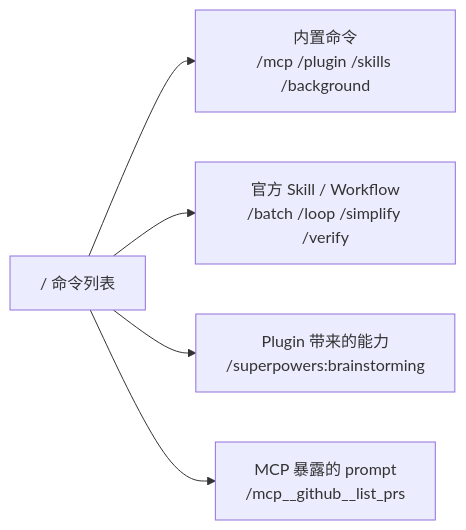
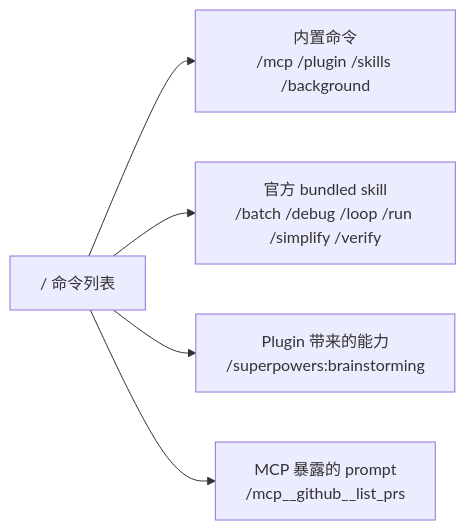
The third of 4 diagrams in output/AI工具/终端Agent流/ClaudeCode/第六篇：Claude-Code-的-Skills、MCP、Plugin-界面怎么读、命令怎么用与怎么排错.md (HN2461/first-fullstack-vue-blog), drawn with Mermaid before and after one commit. The commit also changed other lines of this file and 38 other files, not shown here.

````diff
--- a/output/AI工具/终端Agent流/ClaudeCode/第六篇：Claude-Code-的-Skills、MCP、Plugin-界面怎么读、命令怎么用与怎么排错.md
+++ b/output/AI工具/终端Agent流/ClaudeCode/第六篇：Claude-Code-的-Skills、MCP、Plugin-界面怎么读、命令怎么用与怎么排错.md
@@ -548,7 +548,7 @@
 ```mermaid
 flowchart LR
   A["/ 命令列表"] --> B["内置命令<br/>/mcp /plugin /skills /background"]
-  A --> C["官方 Skill / Workflow<br/>/batch /loop /simplify /verify"]
+  A --> C["官方 bundled skill<br/>/batch /debug /loop /run /simplify /verify"]
   A --> D["Plugin 带来的能力<br/>/superpowers:brainstorming"]
   A --> E["MCP 暴露的 prompt<br/>/mcp__github__list_prs"]
 ```
````
